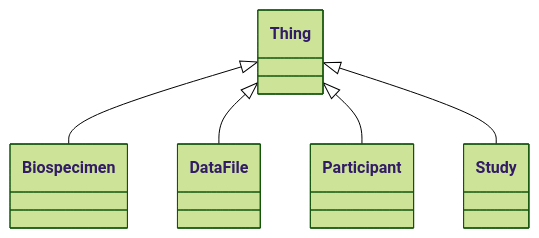
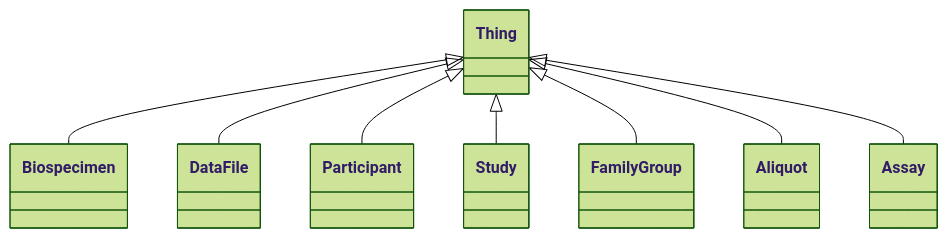
The diagram in docs/Thing.md (include-dcc/include-linkml), drawn with Mermaid (forest theme) before and after one commit. The commit also changed other lines of this file and 89 other files, not shown here.

Commit message:
schematic fixes

````diff
--- a/docs/Thing.md
+++ b/docs/Thing.md
@@ -13,9 +13,12 @@
 ```mermaid
  classDiagram
       Thing <|-- Biospecimen
       Thing <|-- DataFile
       Thing <|-- Participant
       Thing <|-- Study
+      Thing <|-- FamilyGroup
+      Thing <|-- Aliquot
+      Thing <|-- Assay
       
       
 ```
````
